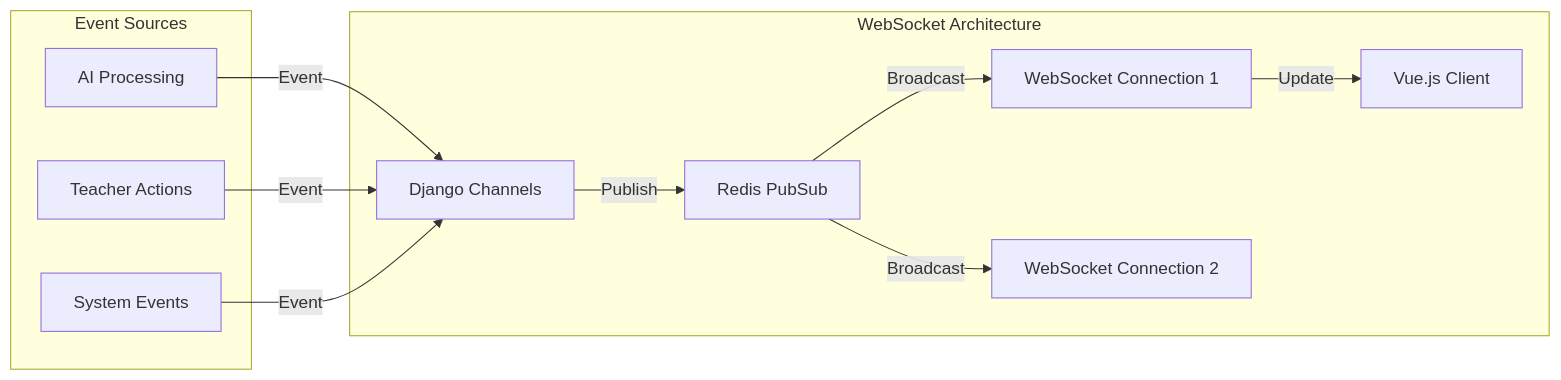
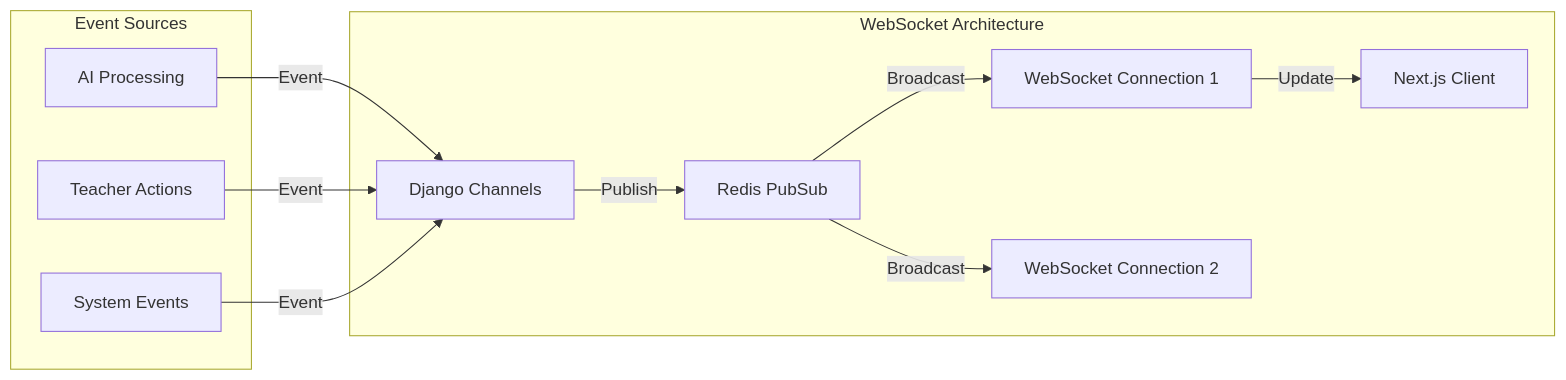
One commit to 2333xxxx/EssayCoach changed the fifth of 12 diagrams in docs/architecture/api-specification.md. Above: the diagram before and after it, drawn with Mermaid. The commit also changed other lines of this file and 15 other files, not shown here.

````diff
--- a/docs/architecture/api-specification.md
+++ b/docs/architecture/api-specification.md
@@ -309,22 +309,22 @@
 ```mermaid
 graph LR
     subgraph "WebSocket Architecture"
-        Client[Vue.js Client]
+        Client[Next.js Client]
         WS1[WebSocket Connection 1]
         WS2[WebSocket Connection 2]
         Redis[Redis PubSub]
         Backend[Django Channels]
     end
     subgraph "Event Sources"
         AI[AI Processing]
         Teacher[Teacher Actions]
         System[System Events]
     end
     AI -- Event --> Backend
     Teacher -- Event --> Backend
     System -- Event --> Backend
     Backend -- Publish --> Redis
     Redis -- Broadcast --> WS1
     Redis -- Broadcast --> WS2
     WS1 -- Update --> Client
 ```
````
